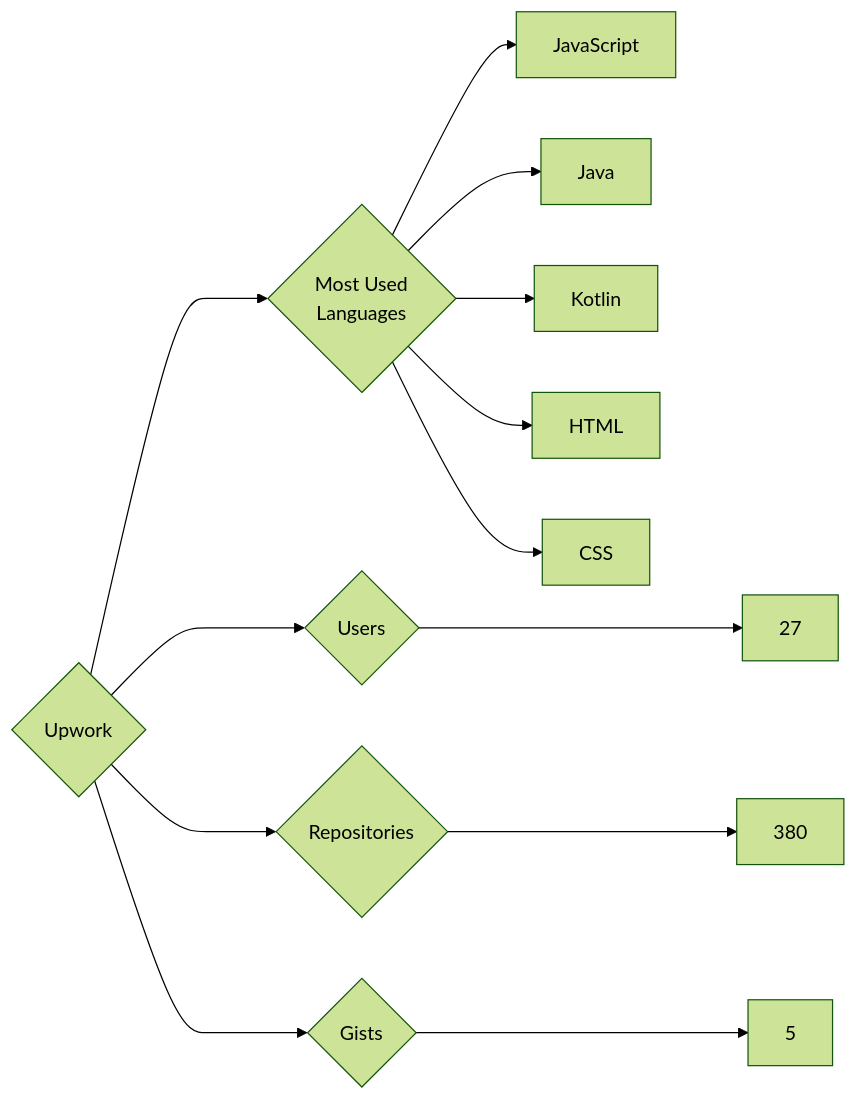
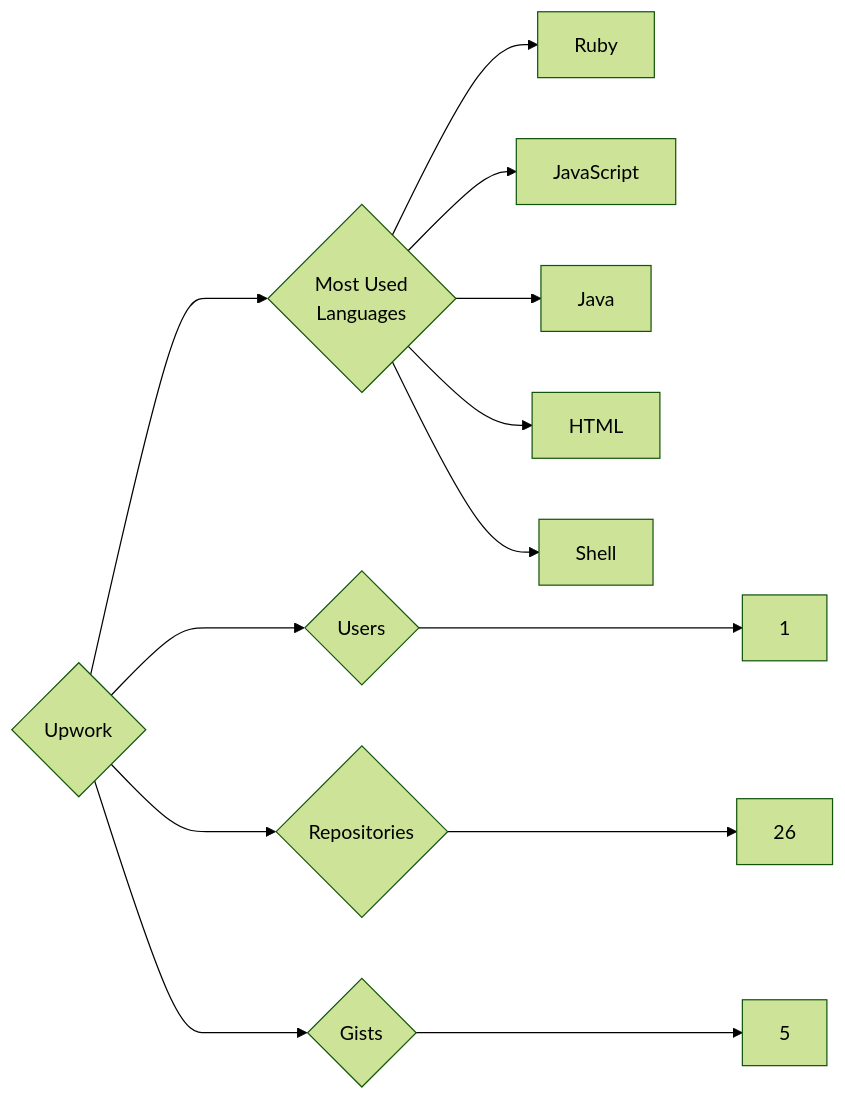
One commit to trickest/insiders changed the diagram in targets/Upwork/README.md. Above: the diagram before and after it, drawn with Mermaid (forest theme). The commit also changed 765 other files, not shown here.

````diff
--- a/targets/Upwork/README.md
+++ b/targets/Upwork/README.md
@@ -3,13 +3,13 @@
 ```mermaid
 graph LR
 COMPANY_NAME{Upwork}
-COMPANY_NAME ---> U{Users} ---> UN[27]
-COMPANY_NAME ---> R{Repositories} ---> RN[380]
+COMPANY_NAME ---> U{Users} ---> UN[1]
+COMPANY_NAME ---> R{Repositories} ---> RN[26]
 COMPANY_NAME ---> G{Gists} ---> GN[5]
 COMPANY_NAME ---> ML{Most Used<br>Languages}
+ML --> Ruby[Ruby]
 ML --> JavaScript[JavaScript]
 ML --> Java[Java]
-ML --> Kotlin[Kotlin]
 ML --> HTML[HTML]
-ML --> CSS[CSS]
+ML --> Shell[Shell]
 ```
````
